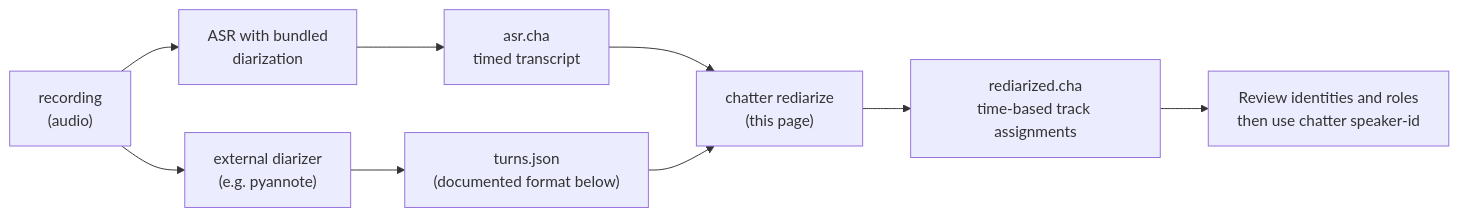
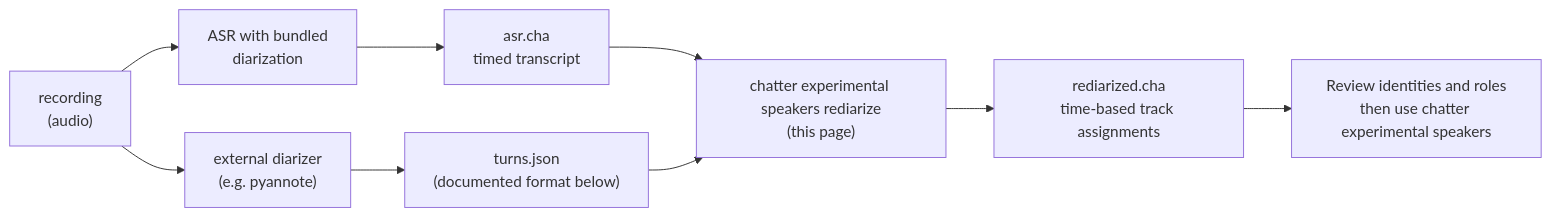
Before and after one commit to TalkBank/chatter: the diagram in book/src/chatter/user-guide/rediarize.md, drawn with Mermaid. The commit also changed other lines of this file and 1443 other files, not shown here.

````diff
--- a/book/src/chatter/user-guide/rediarize.md
+++ b/book/src/chatter/user-guide/rediarize.md
@@ -27,11 +27,11 @@
 ```mermaid
 flowchart LR
     Media["recording\n(audio)"] --> Diarizer["external diarizer\n(e.g. pyannote)"]
     Diarizer --> Turns["turns.json\n(documented format below)"]
     Media --> Asr["ASR with bundled\ndiarization"]
     Asr --> AsrCha["asr.cha\ntimed transcript"]
-    AsrCha --> Rediarize["chatter rediarize\n(this page)"]
+    AsrCha --> Rediarize["chatter experimental speakers rediarize\n(this page)"]
     Turns --> Rediarize
     Rediarize --> Fixed["rediarized.cha\ntime-based track assignments"]
-    Fixed --> SpkId["Review identities and roles\nthen use chatter speaker-id"]
+    Fixed --> SpkId["Review identities and roles\nthen use chatter experimental speakers"]
 ```
````
